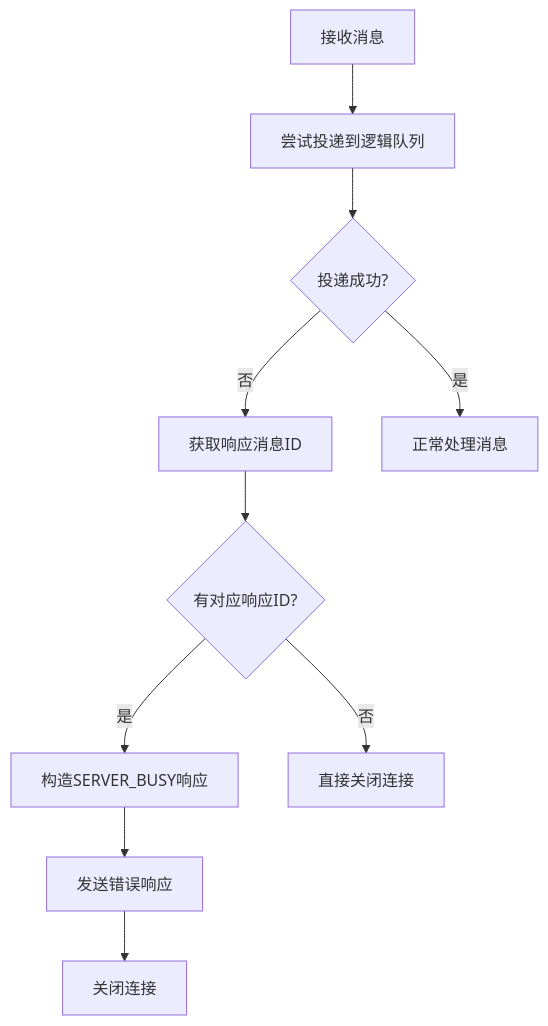
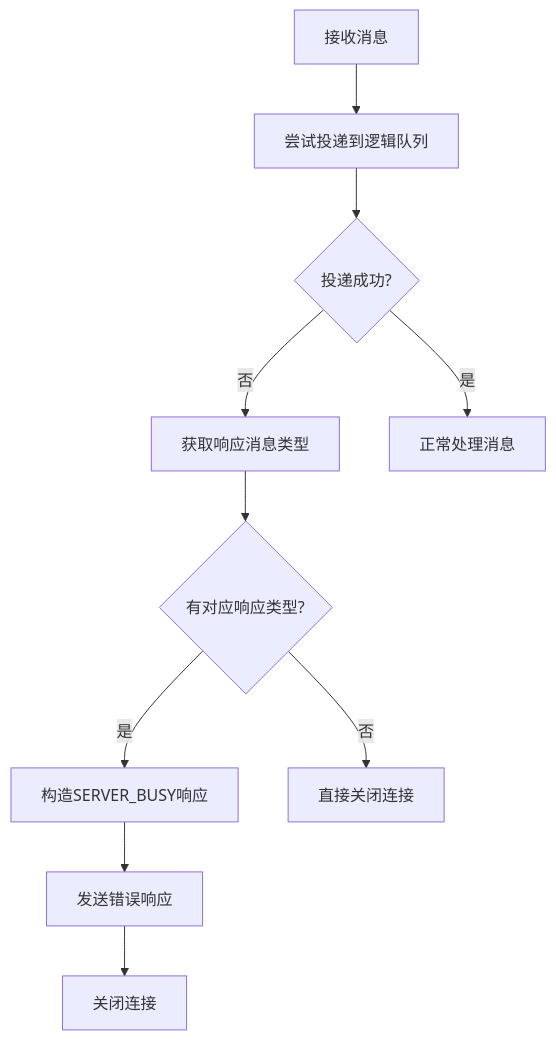
Before and after one commit to echo9923/mychatter: the sixth of 8 diagrams in .qoder/repowiki/zh/content/网络通信/TCP通信协议/TCP消息协议/错误处理与状态码.md, drawn with Mermaid. The commit also changed 128 other files, not shown here.

````diff
--- a/.qoder/repowiki/zh/content/网络通信/TCP通信协议/TCP消息协议/错误处理与状态码.md
+++ b/.qoder/repowiki/zh/content/网络通信/TCP通信协议/TCP消息协议/错误处理与状态码.md
@@ -264,12 +264,12 @@
 ```mermaid
 flowchart TD
 A["接收消息"] --> B["尝试投递到逻辑队列"]
 B --> C{"投递成功?"}
-C -- "否" --> D["获取响应消息ID"]
-D --> E{"有对应响应ID?"}
+C -- "否" --> D["获取响应消息类型"]
+D --> E{"有对应响应类型?"}
 E -- "是" --> F["构造SERVER_BUSY响应"]
 F --> G["发送错误响应"]
 G --> H["关闭连接"]
 E -- "否" --> I["直接关闭连接"]
 C -- "是" --> J["正常处理消息"]
 ```
````
